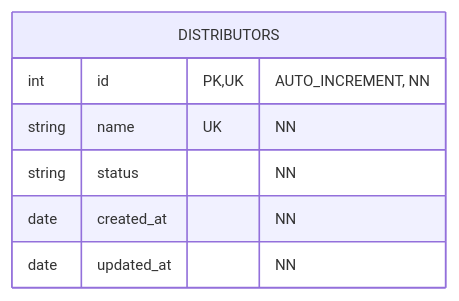
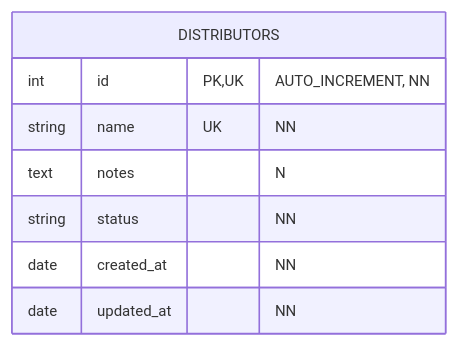
Diagram 11 of 36 in docs/db/db.md (Juandiego001/lab-dental), drawn with Mermaid before and after one commit. The commit also changed other lines of this file and 82 other files, not shown here.

````diff
--- a/docs/db/db.md
+++ b/docs/db/db.md
@@ -210,11 +220,12 @@
 ```mermaid
 %%{init: {'theme': 'default', 'themeVariables': { 'fontSize': '12px', 'entityPadding': '5' }}}%%
 erDiagram
     DISTRIBUTORS {
         int id PK, UK "AUTO_INCREMENT, NN"
         string name UK "NN"
+        text notes "N"
         string status "NN"
         date created_at "NN"
         date updated_at "NN"
     }
 ```
````
